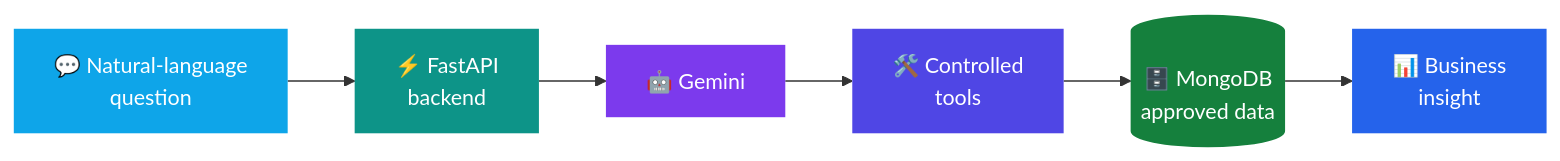
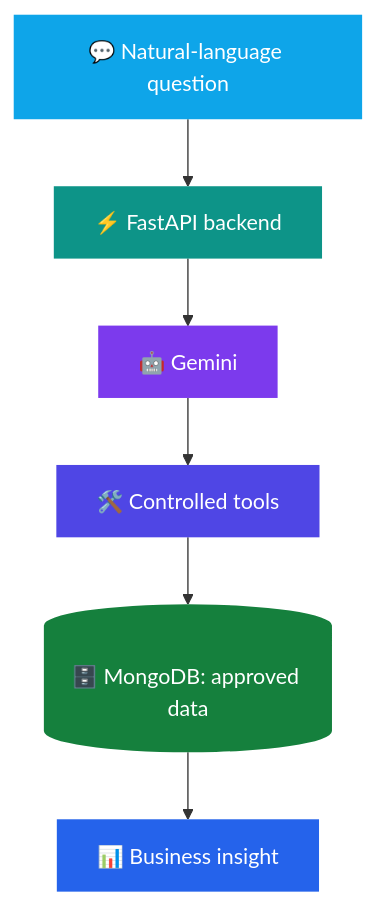
Before and after one commit to paraskosambe-web/paraskosambe-web: the third of 4 diagrams in README.md, drawn with Mermaid. The commit also changed other lines of this file, not shown here.

````diff
--- a/README.md
+++ b/README.md
@@ -122,14 +118,14 @@
 ```mermaid
-flowchart LR
-    Q["💬 Natural-language<br/>question"] --> A["⚡ FastAPI<br/>backend"]
+flowchart TD
+    Q["💬 Natural-language question"] --> A["⚡ FastAPI backend"]
     A --> G["🤖 Gemini"]
-    G --> T["🛠️ Controlled<br/>tools"]
-    T --> D[("🗄️ MongoDB<br/>approved data")]
-    D --> I["📊 Business<br/>insight"]
+    G --> T["🛠️ Controlled tools"]
+    T --> D[("🗄️ MongoDB: approved data")]
+    D --> I["📊 Business insight"]
     style Q fill:#0ea5e9,stroke:none,color:#fff
     style A fill:#0d9488,stroke:none,color:#fff
     style G fill:#7c3aed,stroke:none,color:#fff
     style T fill:#4f46e5,stroke:none,color:#fff
     style D fill:#15803d,stroke:none,color:#fff
     style I fill:#2563eb,stroke:none,color:#fff
 ```
````
